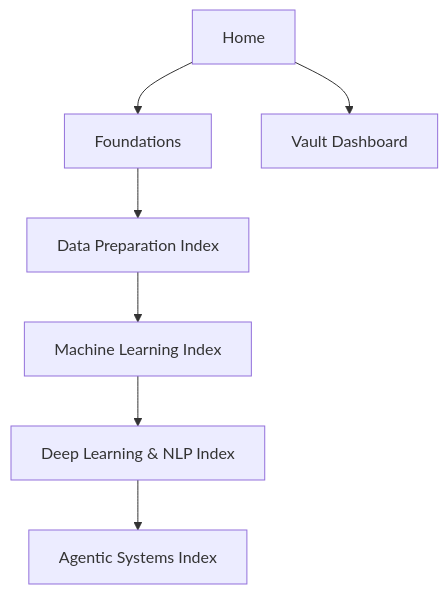
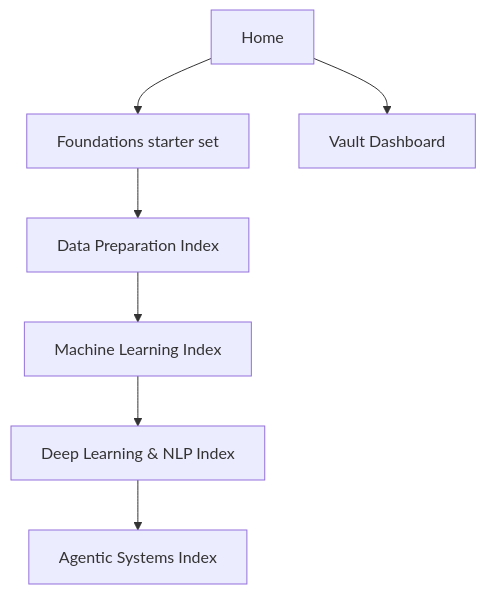
Before and after one commit to Reezo912/My-notes: the diagram in 00 Home/Home.md, drawn with Mermaid. The commit also changed other lines of this file and 34 other files, not shown here.

````diff
--- a/00 Home/Home.md
+++ b/00 Home/Home.md
@@ -22,9 +22,9 @@
 ```mermaid
 flowchart TD
-    A["Home"] --> B["Foundations"]
+    A["Home"] --> B["Foundations starter set"]
     B --> C["Data Preparation Index"]
     C --> D["Machine Learning Index"]
     D --> E["Deep Learning & NLP Index"]
     E --> F["Agentic Systems Index"]
     A --> G["Vault Dashboard"]
 ```
````
